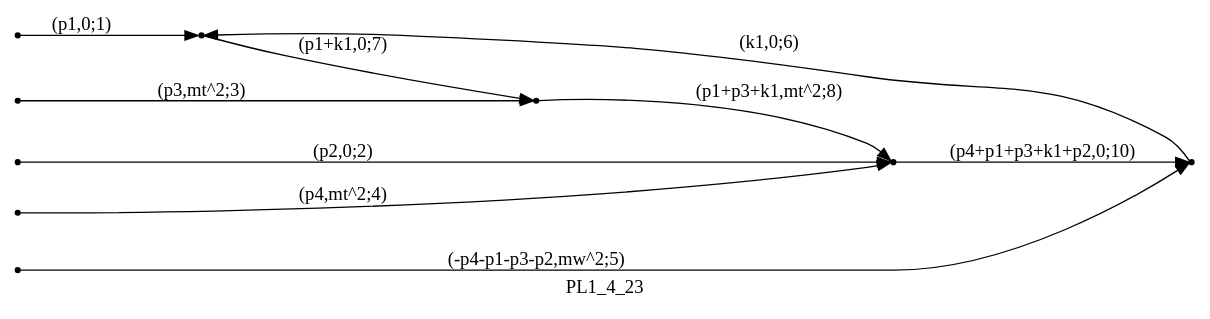
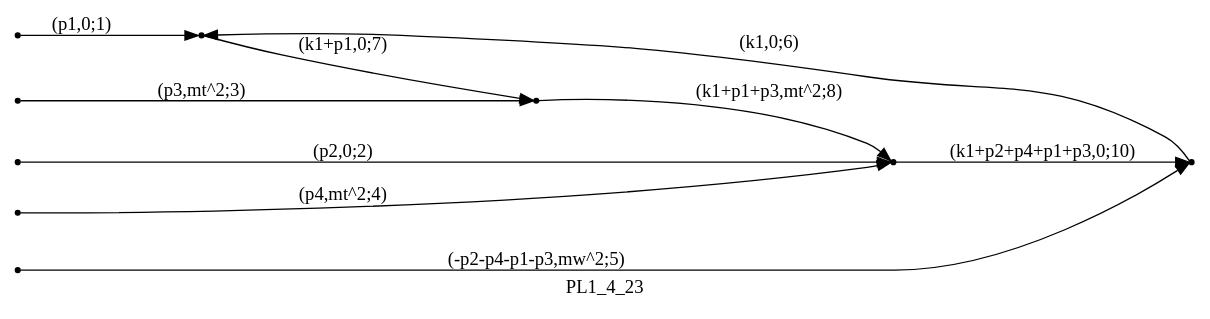
The diagram in 1loopAmplitude/Reduze/graphs/PL1/shift_targets/PL1_4_23.dot (UsHnBaGp/Wtt), drawn with Graphviz before and after one commit. The commit also changed 112 other files, not shown here.

```diff
--- a/1loopAmplitude/Reduze/graphs/PL1/shift_targets/PL1_4_23.dot
+++ b/1loopAmplitude/Reduze/graphs/PL1/shift_targets/PL1_4_23.dot
@@ -1,25 +1,25 @@
 digraph PL1_4_23 {
   label="PL1_4_23";
   rankdir="LR";
   subgraph edges {
     -1 -> 2 [label="(p1,0;1)"];
     -2 -> 4 [label="(p2,0;2)"];
     -3 -> 1 [label="(p3,mt^2;3)"];
     -4 -> 4 [label="(p4,mt^2;4)"];
-    -5 -> 3 [label="(-p4-p1-p3-p2,mw^2;5)"];
+    -5 -> 3 [label="(-p2-p4-p1-p3,mw^2;5)"];
     3 -> 2 [label="(k1,0;6)"];
-    2 -> 1 [label="(p1+k1,0;7)"];
-    1 -> 4 [label="(p1+p3+k1,mt^2;8)"];
-    4 -> 3 [label="(p4+p1+p3+k1+p2,0;10)"];
+    2 -> 1 [label="(k1+p1,0;7)"];
+    1 -> 4 [label="(k1+p1+p3,mt^2;8)"];
+    4 -> 3 [label="(k1+p2+p4+p1+p3,0;10)"];
   }
   subgraph incoming { rank="source"; -1; -2; -3; -4; -5; }
 -5 [shape=point];
 -4 [shape=point];
 -3 [shape=point];
 -2 [shape=point];
 -1 [shape=point];
 1 [shape=point];
 2 [shape=point];
 3 [shape=point];
 4 [shape=point];
 }
```
